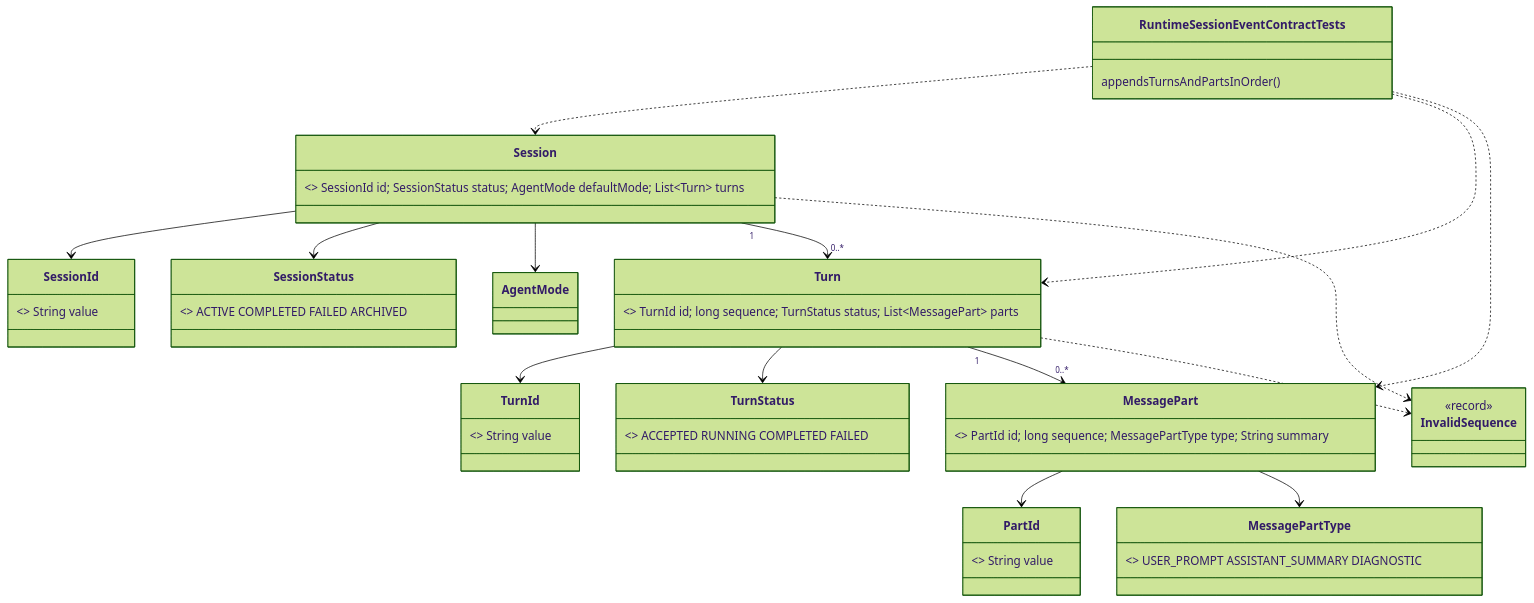
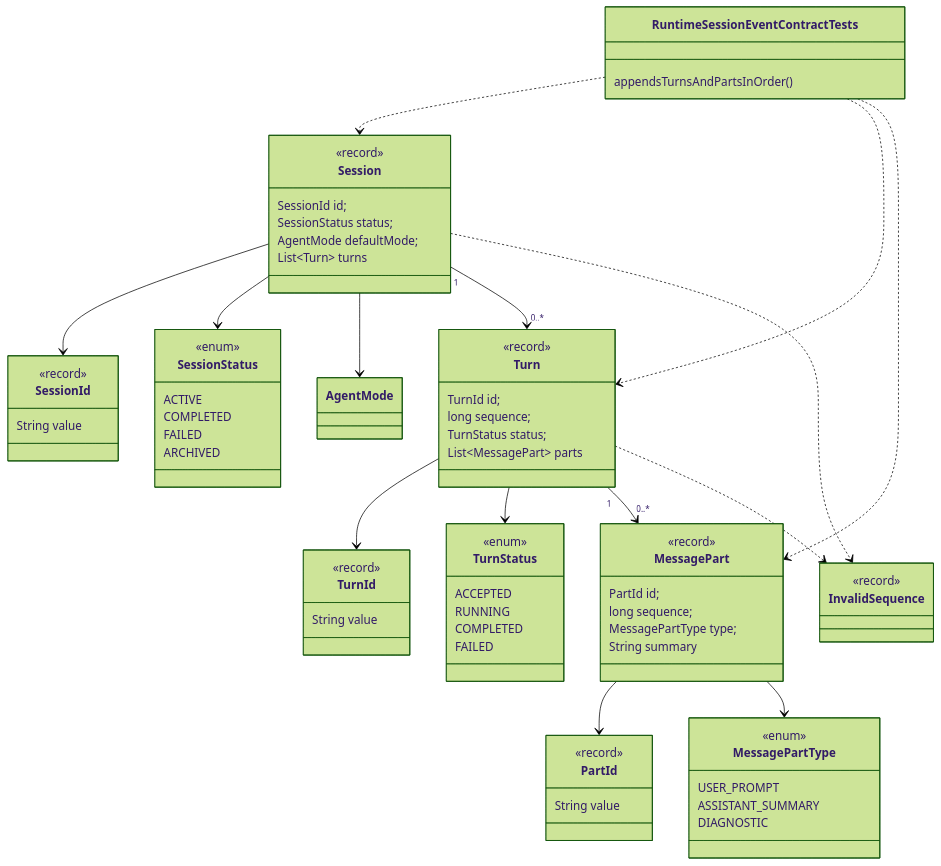
The diagram in docs/developer/implementation/session-core-contracts-implementation.md (codegeist-ai/codegeist), drawn with Mermaid (forest theme) before and after one commit. The commit also changed 17 other files, not shown here.

First line of the commit message:
docs(diagrams): format Mermaid class bodies

````diff
--- a/docs/developer/implementation/session-core-contracts-implementation.md
+++ b/docs/developer/implementation/session-core-contracts-implementation.md
@@ -29,29 +29,77 @@
 ```mermaid
 classDiagram
-    class SessionId { <<record>> String value }
-    class TurnId { <<record>> String value }
-    class PartId { <<record>> String value }
-    class SessionStatus { <<enum>> ACTIVE COMPLETED FAILED ARCHIVED }
-    class TurnStatus { <<enum>> ACCEPTED RUNNING COMPLETED FAILED }
-    class MessagePartType { <<enum>> USER_PROMPT ASSISTANT_SUMMARY DIAGNOSTIC }
-    class MessagePart { <<record>> PartId id; long sequence; MessagePartType type; String summary }
-    class Turn { <<record>> TurnId id; long sequence; TurnStatus status; List~MessagePart~ parts }
-    class Session { <<record>> SessionId id; SessionStatus status; AgentMode defaultMode; List~Turn~ turns }
-    class InvalidSequence { <<record>> }
-    class RuntimeSessionEventContractTests { appendsTurnsAndPartsInOrder() }
+    class SessionId {
+      <<record>>
+      String value
+    }
+    class TurnId {
+      <<record>>
+      String value
+    }
+    class PartId {
+      <<record>>
+      String value
+    }
+    class SessionStatus {
+      <<enum>>
+      ACTIVE
+      COMPLETED
+      FAILED
+      ARCHIVED
+    }
+    class TurnStatus {
+      <<enum>>
+      ACCEPTED
+      RUNNING
+      COMPLETED
+      FAILED
+    }
+    class MessagePartType {
+      <<enum>>
+      USER_PROMPT
+      ASSISTANT_SUMMARY
+      DIAGNOSTIC
+    }
+    class MessagePart {
+      <<record>>
+      PartId id;
+      long sequence;
+      MessagePartType type;
+      String summary
+    }
+    class Turn {
+      <<record>>
+      TurnId id;
+      long sequence;
+      TurnStatus status;
+      List~MessagePart~ parts
+    }
+    class Session {
+      <<record>>
+      SessionId id;
+      SessionStatus status;
+      AgentMode defaultMode;
+      List~Turn~ turns
+    }
+    class InvalidSequence {
+      <<record>>
+    }
+    class RuntimeSessionEventContractTests {
+      appendsTurnsAndPartsInOrder()
+    }
 
     Session --> SessionId
     Session --> SessionStatus
     Session --> AgentMode
     Session "1" --> "0..*" Turn
     Turn --> TurnId
     Turn --> TurnStatus
     Turn "1" --> "0..*" MessagePart
     MessagePart --> PartId
     MessagePart --> MessagePartType
     Session ..> InvalidSequence
     Turn ..> InvalidSequence
     RuntimeSessionEventContractTests ..> Session
     RuntimeSessionEventContractTests ..> Turn
     RuntimeSessionEventContractTests ..> MessagePart
 ```
````
